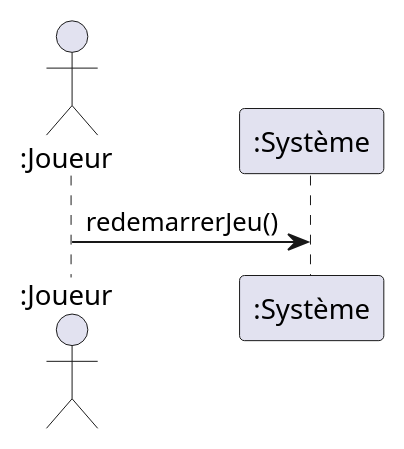
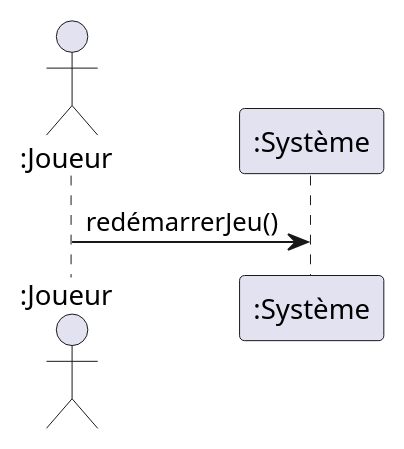
One commit to cc-probitaille/laboratoire-0-Alexis00Roy changed the diagram in docs/modeles/dss-redemarrerJeu.puml. Above: the diagram before and after it, drawn with PlantUML.

```diff
--- a/docs/modeles/dss-redemarrerJeu.puml
+++ b/docs/modeles/dss-redemarrerJeu.puml
@@ -1,5 +1,5 @@
 @startuml dss redemarrer jeu
 actor ":Joueur" as J
 participant ":Système" as S
-J -> S :redemarrerJeu()
+J -> S :redémarrerJeu()
 @enduml
```
